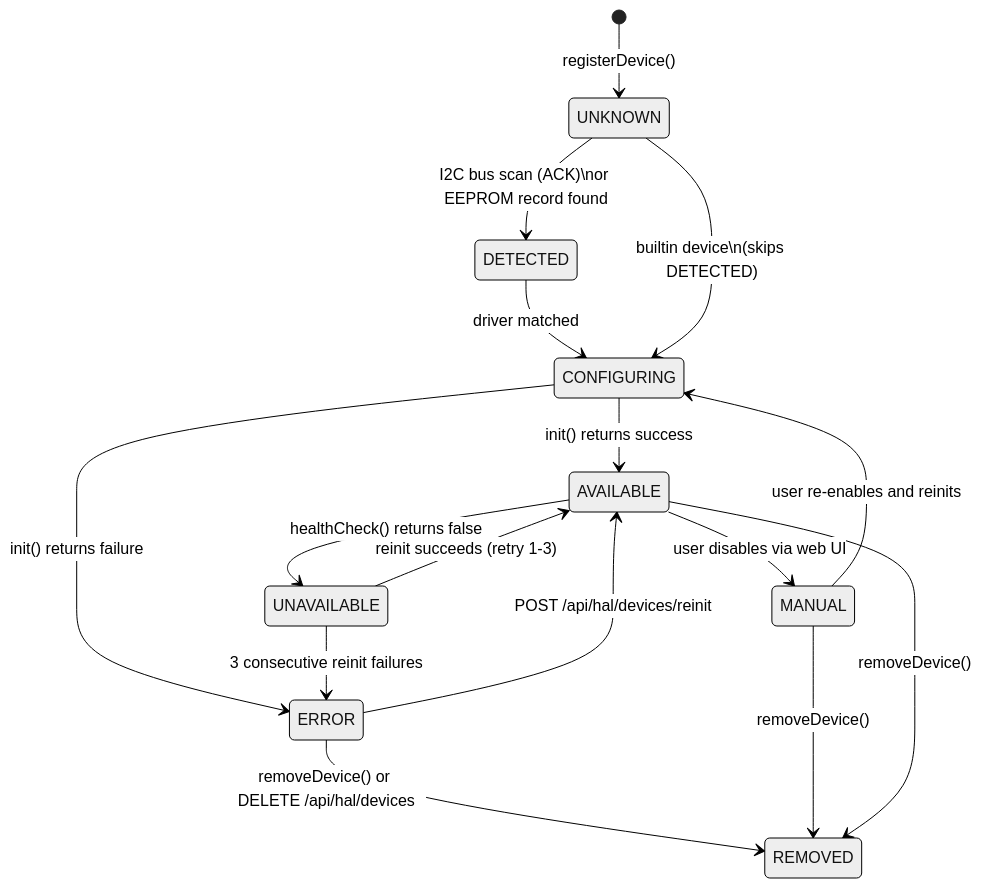
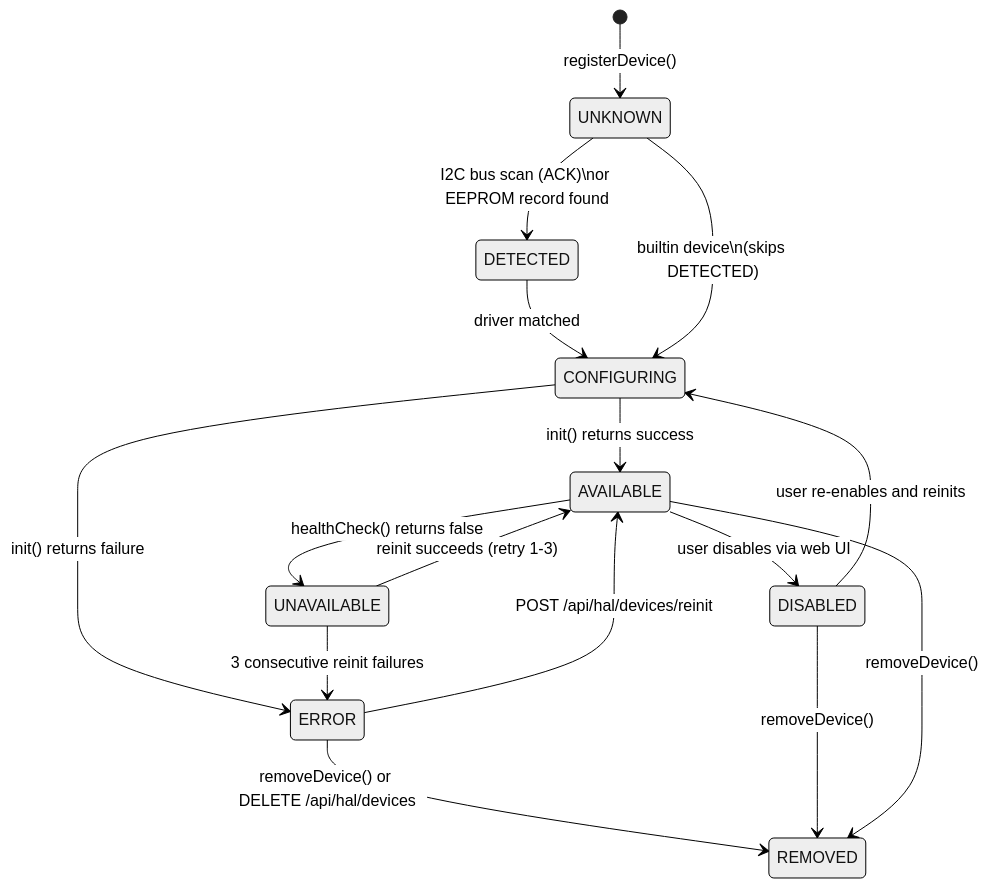
The first of 2 diagrams in docs-site/docs/developer/hal/device-lifecycle.md (Schmackos/ALX_Nova_Controller_2), drawn with Mermaid (neutral theme) before and after one commit. The commit also changed other lines of this file and 18 other files, not shown here.

First line of the commit message:
refactor: rename HAL_STATE_MANUAL to HAL_STATE_DISABLED for clarity

````diff
--- a/docs-site/docs/developer/hal/device-lifecycle.md
+++ b/docs-site/docs/developer/hal/device-lifecycle.md
@@ -11,24 +11,24 @@
 ```mermaid
 stateDiagram-v2
     [*] --> UNKNOWN : registerDevice()
 
     UNKNOWN --> DETECTED : I2C bus scan (ACK)\nor EEPROM record found
     DETECTED --> CONFIGURING : driver matched
 
     UNKNOWN --> CONFIGURING : builtin device\n(skips DETECTED)
     CONFIGURING --> AVAILABLE : init() returns success
     CONFIGURING --> ERROR : init() returns failure
 
     AVAILABLE --> UNAVAILABLE : healthCheck() returns false
     UNAVAILABLE --> AVAILABLE : reinit succeeds (retry 1-3)
     UNAVAILABLE --> ERROR : 3 consecutive reinit failures
 
     ERROR --> AVAILABLE : POST /api/hal/devices/reinit
     ERROR --> REMOVED : removeDevice() or DELETE /api/hal/devices
 
-    AVAILABLE --> MANUAL : user disables via web UI
-    MANUAL --> CONFIGURING : user re-enables and reinits
-    MANUAL --> REMOVED : removeDevice()
+    AVAILABLE --> DISABLED : user disables via web UI
+    DISABLED --> CONFIGURING : user re-enables and reinits
+    DISABLED --> REMOVED : removeDevice()
 
     AVAILABLE --> REMOVED : removeDevice()
 ```
````
